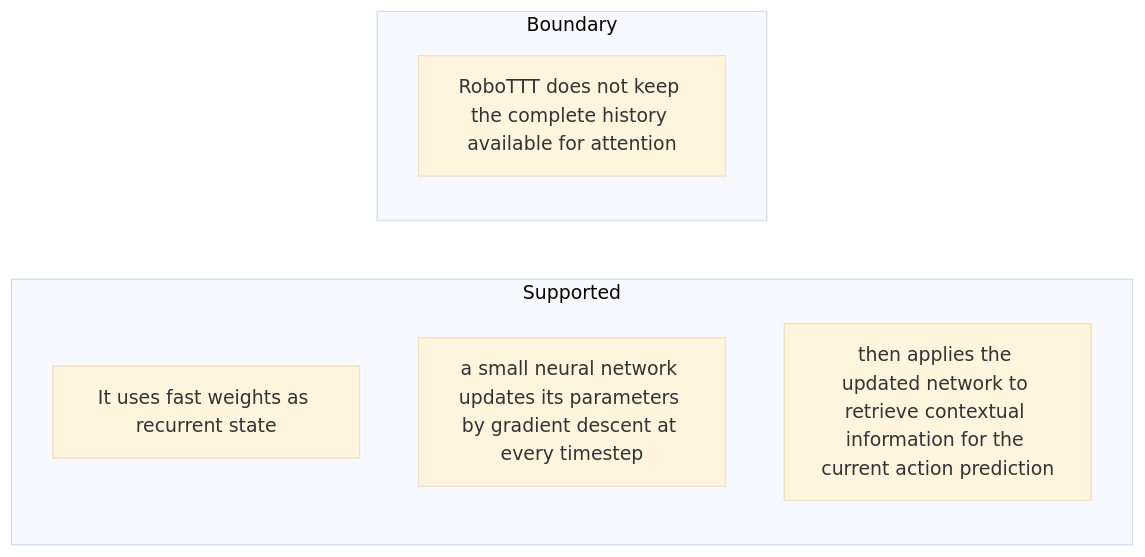
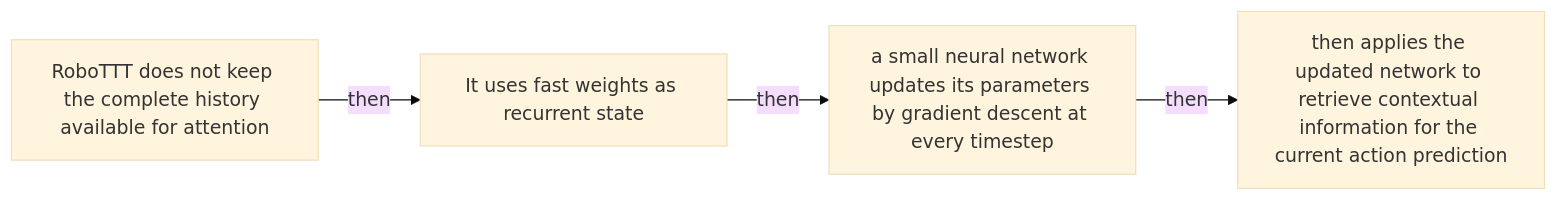
One commit to Betancourt1/paper_atlas changed the ninth of 48 diagrams in docs/visual-manifests/VISUAL_MANIFEST_ROBOTT.md. Above: the diagram before and after it, drawn with Mermaid (base theme). The commit also changed other lines of this file and 7 other files, not shown here.

````diff
--- a/docs/visual-manifests/VISUAL_MANIFEST_ROBOTT.md
+++ b/docs/visual-manifests/VISUAL_MANIFEST_ROBOTT.md
@@ -678,11 +696,10 @@
 ```mermaid
 flowchart LR
-  subgraph Supported
-    a1["It uses fast weights as recurrent state"]
-    a2["a small neural network updates its parameters by gradient descent at every timestep"]
-    a3["then applies the updated network to retrieve contextual information for the current action prediction"]
-  end
-  subgraph Boundary
-    b1["RoboTTT does not keep the complete history available for attention"]
-  end
+  n1["RoboTTT does not keep the complete history available for attention"]
+  n2["It uses fast weights as recurrent state"]
+  n3["a small neural network updates its parameters by gradient descent at every timestep"]
+  n4["then applies the updated network to retrieve contextual information for the current action prediction"]
+  n1 -->|"then"| n2
+  n2 -->|"then"| n3
+  n3 -->|"then"| n4
 ```
````
